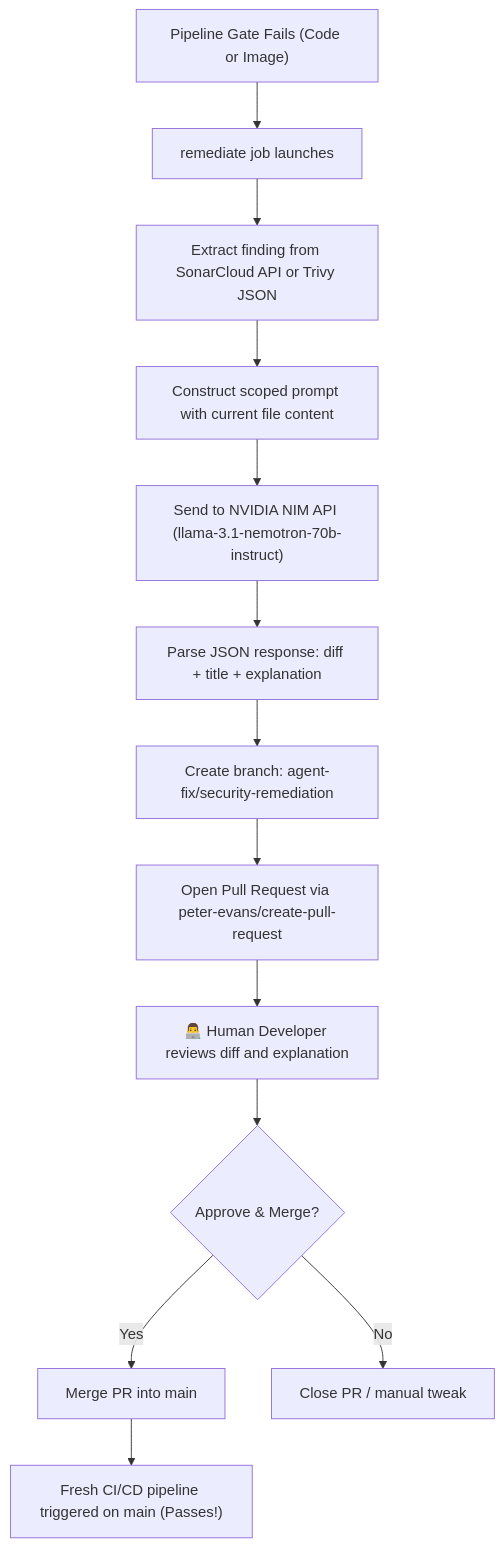
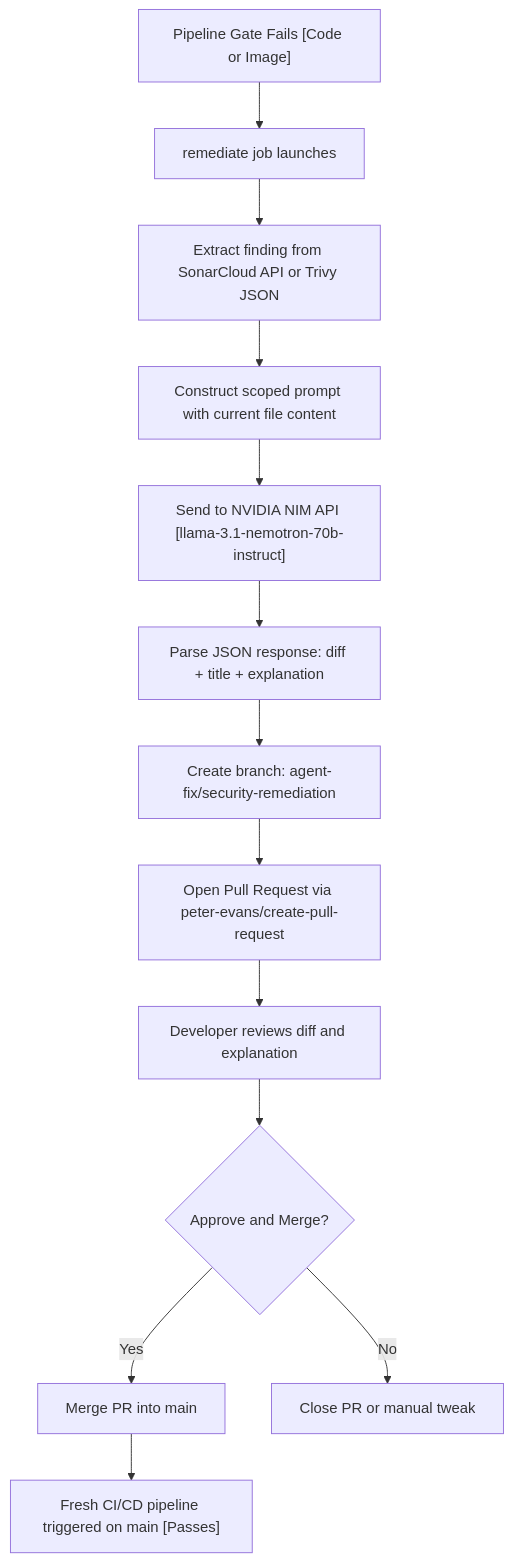
One commit to Siddhantshukla1657/SecureNotes_Devops_Miniproject changed the fifth of 7 diagrams in README.md. Above: the diagram before and after it, drawn with Mermaid. The commit also changed other lines of this file and 1 other file, not shown here.

Commit message:
docs: update README with valid Mermaid syntax and ignore generated coverage.xml

````diff
--- a/README.md
+++ b/README.md
@@ -123,15 +123,15 @@
 ```mermaid
 flowchart TD
-    Fail["Pipeline Gate Fails (Code or Image)"] --> Trigger["remediate job launches"]
+    Fail["Pipeline Gate Fails [Code or Image]"] --> Trigger["remediate job launches"]
     Trigger --> Extract["Extract finding from SonarCloud API or Trivy JSON"]
     Extract --> Prompt["Construct scoped prompt with current file content"]
-    Prompt --> NIM["Send to NVIDIA NIM API (llama-3.1-nemotron-70b-instruct)"]
+    Prompt --> NIM["Send to NVIDIA NIM API [llama-3.1-nemotron-70b-instruct]"]
     NIM --> Parse["Parse JSON response: diff + title + explanation"]
     Parse --> Branch["Create branch: agent-fix/security-remediation"]
     Branch --> CreatePR["Open Pull Request via peter-evans/create-pull-request"]
-    CreatePR --> DevReview["👨‍💻 Human Developer reviews diff and explanation"]
-    DevReview --> Decision{"Approve & Merge?"}
+    CreatePR --> DevReview["Developer reviews diff and explanation"]
+    DevReview --> Decision{"Approve and Merge?"}
     Decision -->|Yes| Merge["Merge PR into main"]
-    Decision -->|No| Close["Close PR / manual tweak"]
-    Merge --> NewRun["Fresh CI/CD pipeline triggered on main (Passes!)"]
+    Decision -->|No| Close["Close PR or manual tweak"]
+    Merge --> NewRun["Fresh CI/CD pipeline triggered on main [Passes]"]
 ```
````
